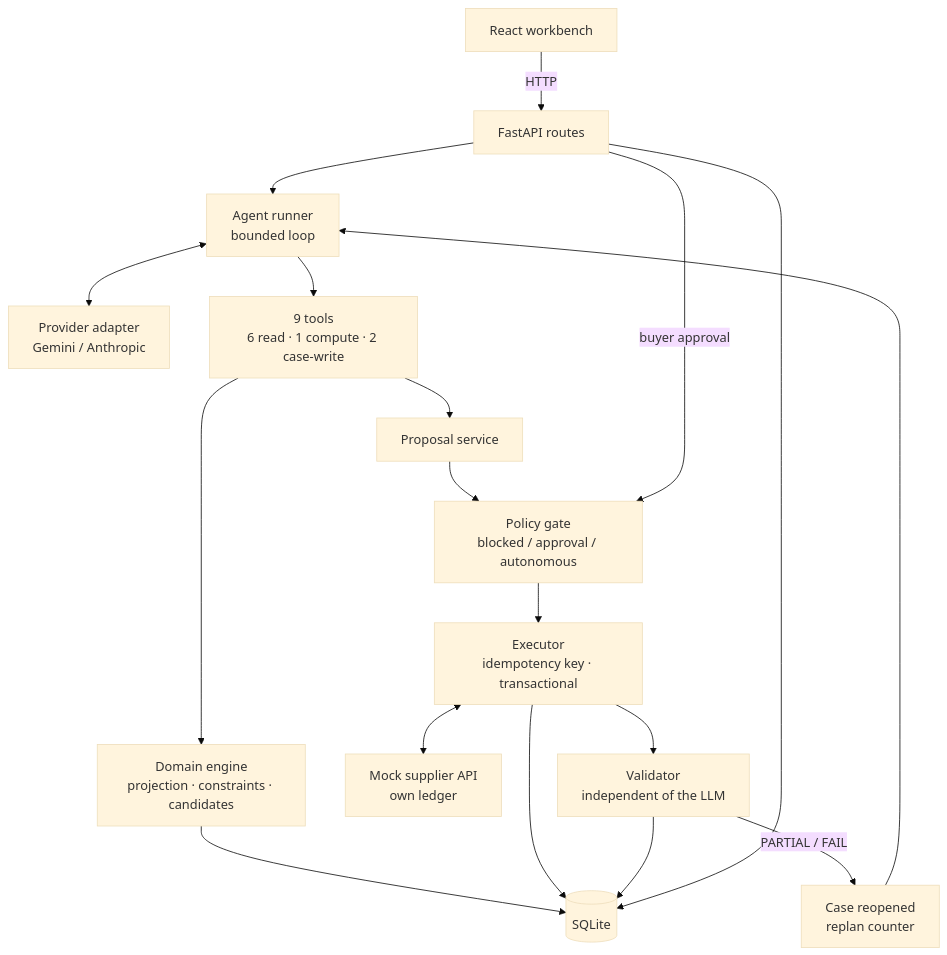
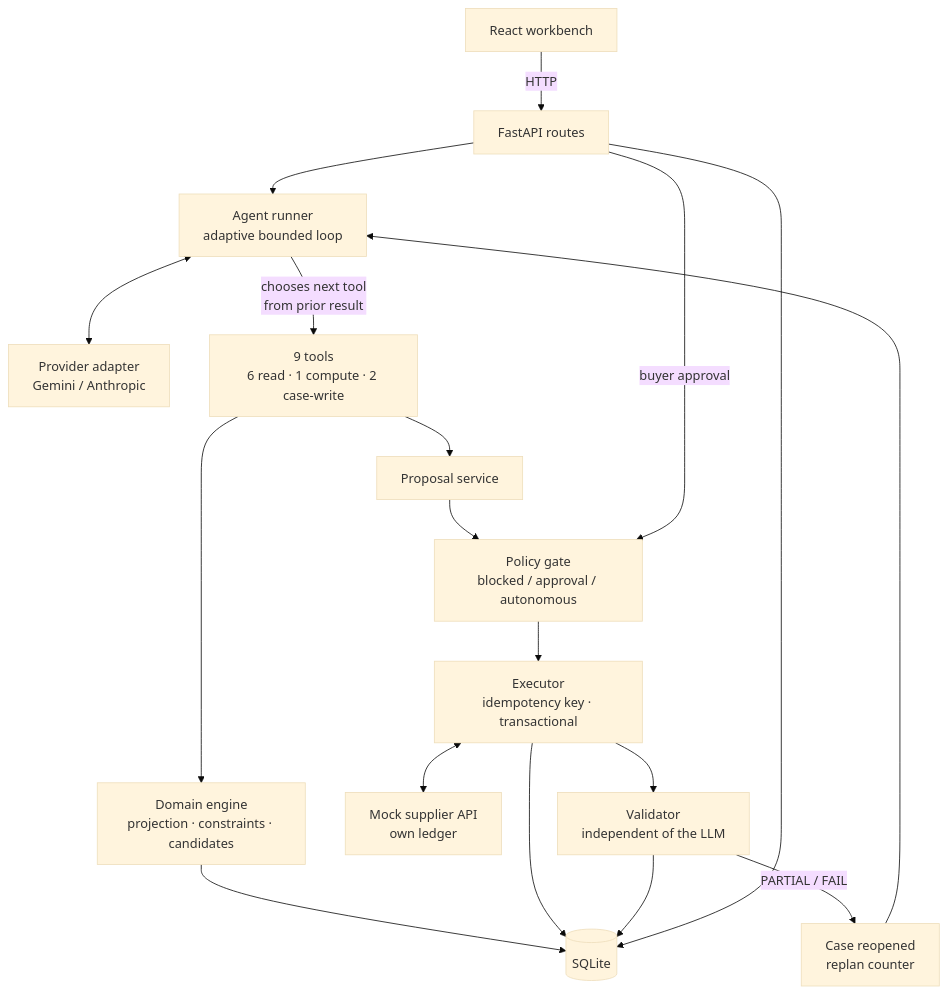
One commit to BLAZE7SHADOW/rappi-buyers-ai-agent changed the diagram in docs/ARCHITECTURE.md. Above: the diagram before and after it, drawn with Mermaid (base theme). The commit also changed other lines of this file and 6 other files, not shown here.

````diff
--- a/docs/ARCHITECTURE.md
+++ b/docs/ARCHITECTURE.md
@@ -5,24 +5,24 @@
 ```mermaid
 flowchart TD
     UI[React workbench] -->|HTTP| API[FastAPI routes]
 
-    API --> RUNNER[Agent runner<br/>bounded loop]
+    API --> RUNNER[Agent runner<br/>adaptive bounded loop]
     RUNNER <--> PROV[Provider adapter<br/>Gemini / Anthropic]
-    RUNNER --> TOOLS[9 tools<br/>6 read · 1 compute · 2 case-write]
+    RUNNER -->|chooses next tool<br/>from prior result| TOOLS[9 tools<br/>6 read · 1 compute · 2 case-write]
 
     TOOLS --> ENGINE[Domain engine<br/>projection · constraints · candidates]
     TOOLS --> PROPOSE[Proposal service]
 
     PROPOSE --> GATE[Policy gate<br/>blocked / approval / autonomous]
     API -->|buyer approval| GATE
     GATE --> EXEC[Executor<br/>idempotency key · transactional]
     EXEC <--> SUPPLIER[Mock supplier API<br/>own ledger]
     EXEC --> VALID[Validator<br/>independent of the LLM]
     VALID -->|PARTIAL / FAIL| REOPEN[Case reopened<br/>replan counter]
     REOPEN --> RUNNER
 
     ENGINE --> DB[(SQLite)]
     EXEC --> DB
     VALID --> DB
     API --> DB
 ```
````
